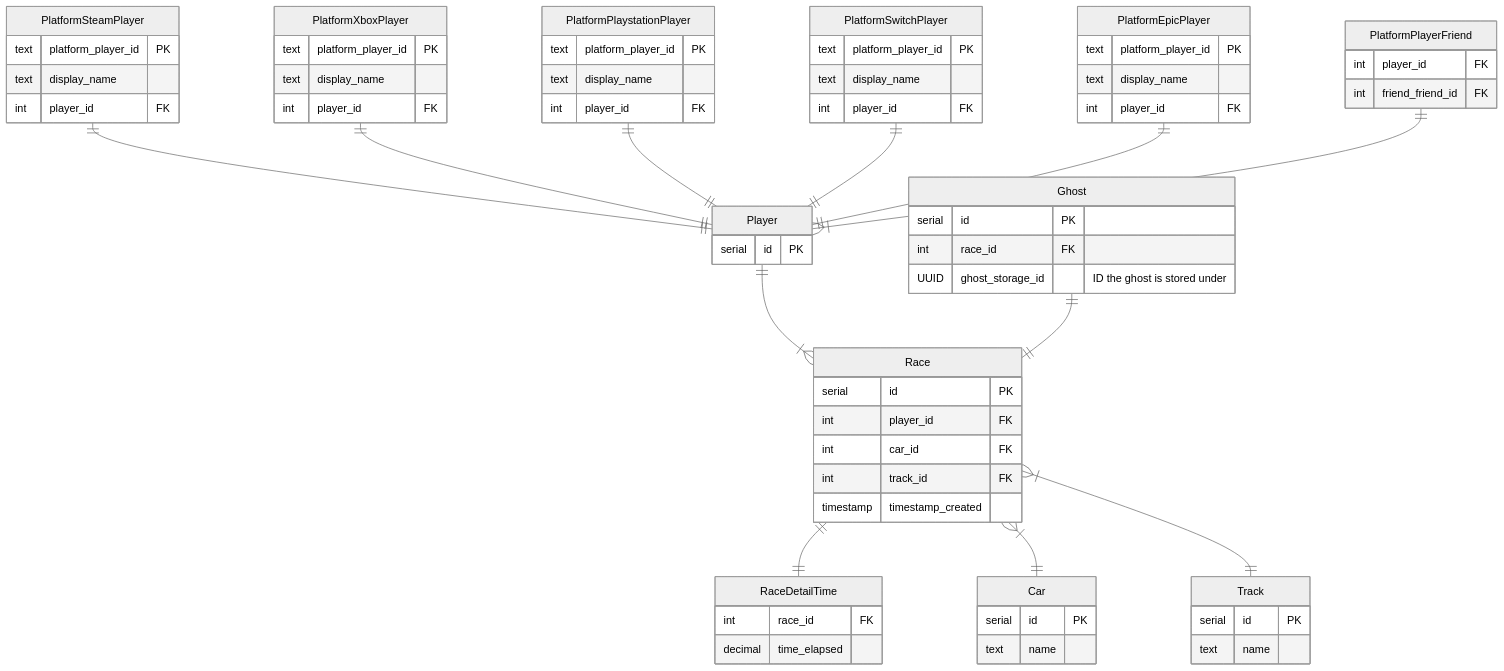
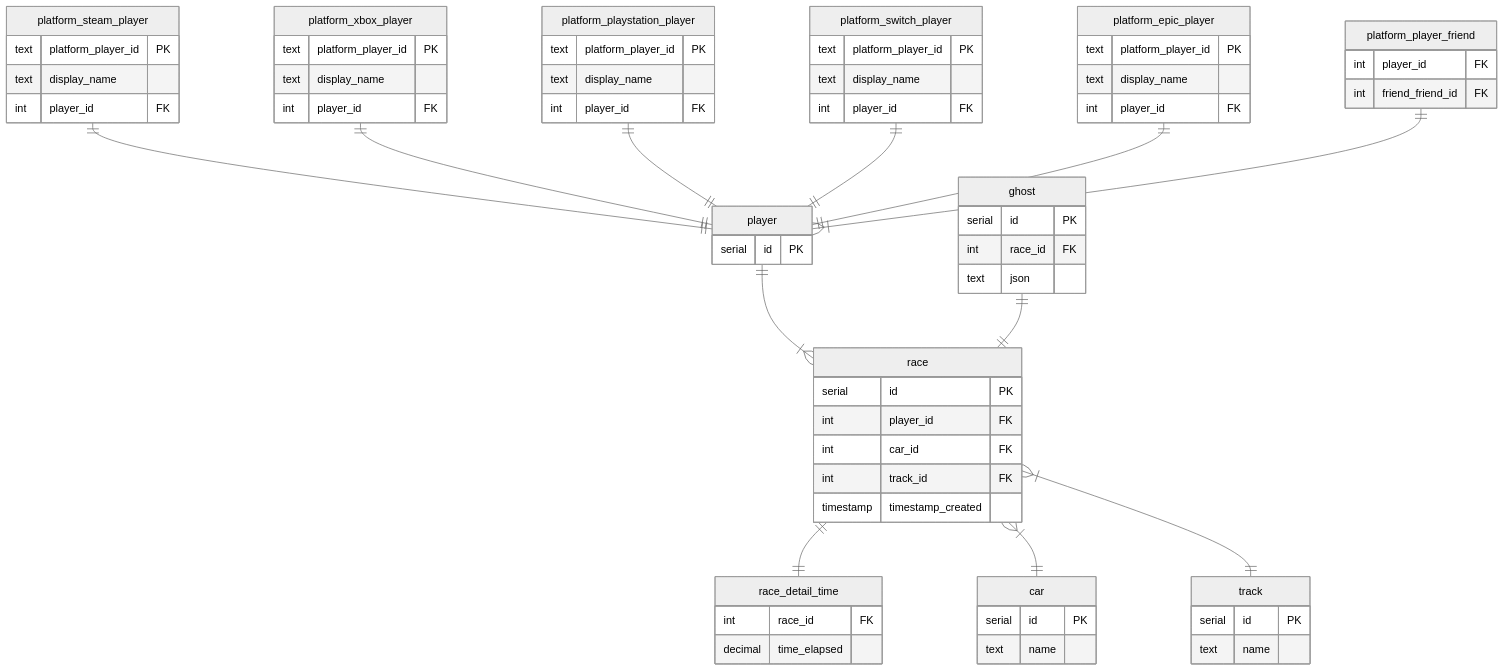
One commit to rick-0/MegaLeaderboard changed the second of 2 diagrams in README.md. Above: the diagram before and after it, drawn with Mermaid.

````diff
--- a/README.md
+++ b/README.md
@@ -74,72 +74,72 @@
 ``` mermaid
 %%{init: {'theme':'neutral'}}%%
 erDiagram
-    PlatformSteamPlayer ||--|| Player : ""
-    PlatformXboxPlayer ||--|| Player : ""
-    PlatformPlaystationPlayer ||--|| Player : ""
-    PlatformSwitchPlayer ||--|| Player : ""
-    PlatformEpicPlayer ||--|| Player : ""
-    PlatformPlayerFriend ||--|{ Player : ""
-    Player ||--|{ Race : ""
-    Ghost ||--|| Race : ""
-    Race ||--|| RaceDetailTime : ""
-    Race }|--|| Car : ""
-    Race }|--|| Track : ""
+    platform_steam_player ||--|| player : ""
+    platform_xbox_player ||--|| player : ""
+    platform_playstation_player ||--|| player : ""
+    platform_switch_player ||--|| player : ""
+    platform_epic_player ||--|| player : ""
+    platform_player_friend ||--|{ player : ""
+    player ||--|{ race : ""
+    ghost ||--|| race : ""
+    race ||--|| race_detail_time : ""
+    race }|--|| car : ""
+    race }|--|| track : ""
 
-    Player {
+    player {
         serial id PK
     }
-    PlatformPlayerFriend {
+    platform_player_friend {
         int player_id FK
         int friend_friend_id FK
     }
-    PlatformSteamPlayer {
+    platform_steam_player {
         text platform_player_id PK
         text display_name
 	    int player_id FK
     }
-    PlatformXboxPlayer {
+    platform_xbox_player {
         text platform_player_id PK
         text display_name
 	    int player_id FK
     }
-    PlatformPlaystationPlayer {
+    platform_playstation_player {
         text platform_player_id PK
         text display_name
 	    int player_id FK
     }
-    PlatformSwitchPlayer {
+    platform_switch_player {
         text platform_player_id PK
         text display_name
 	    int player_id FK
     }
-    PlatformEpicPlayer {
+    platform_epic_player {
         text platform_player_id PK
         text display_name
 	    int player_id FK
     }
-    Race {
+    race {
         serial id PK
         int player_id FK
         int car_id FK
         int track_id FK
         timestamp timestamp_created
     }
-    RaceDetailTime {
+    race_detail_time {
         int race_id FK
         decimal time_elapsed
     }
-    Ghost {
+    ghost {
         serial id PK
         int race_id FK
-        UUID ghost_storage_id "ID the ghost is stored under"
+        text json
     }
-    Car {
+    car {
         serial id PK
         text name
     }
-    Track {
+    track {
         serial id PK
         text name
     }
 ```
````
